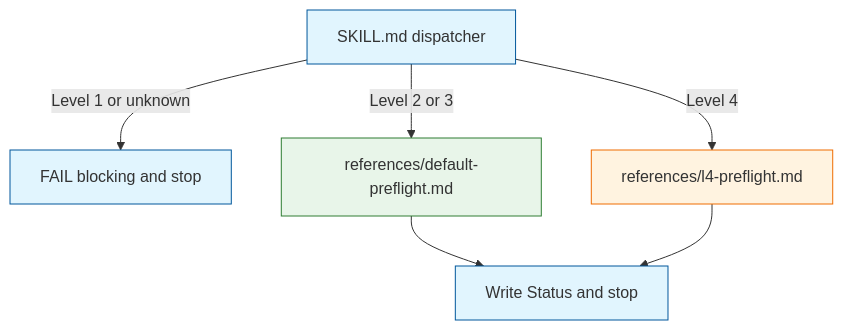
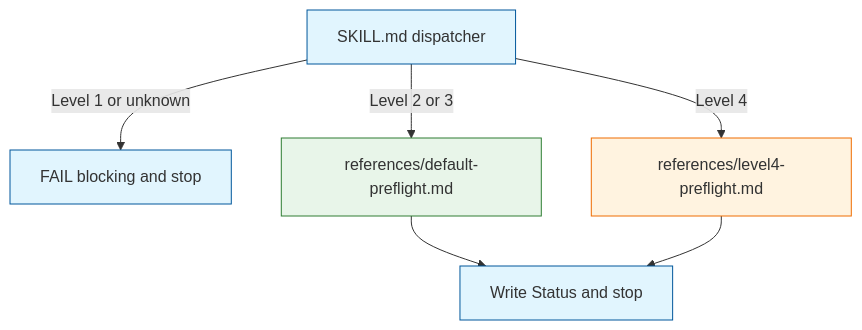
The diagram in rulesets/niko/skills/niko-preflight/SKILL.md (Texarkanine/.cursor-rules), drawn with Mermaid before and after one commit. The commit also changed other lines of this file and 7 other files, not shown here.

````diff
--- a/rulesets/niko/skills/niko-preflight/SKILL.md
+++ b/rulesets/niko/skills/niko-preflight/SKILL.md
@@ -10,12 +10,12 @@
 ```mermaid
 graph TD
     classDef skill fill:#e1f5fe,stroke:#01579b;
     classDef l4 fill:#fff3e0,stroke:#ef6c00;
     classDef def fill:#e8f5e9,stroke:#2e7d32;
 
     Skill["SKILL.md dispatcher"]:::skill -->|"Level 1 or unknown"| Stop["FAIL blocking and stop"]:::skill
     Skill -->|"Level 2 or 3"| Default["references/default-preflight.md"]:::def
-    Skill -->|"Level 4"| L4["references/l4-preflight.md"]:::l4
+    Skill -->|"Level 4"| L4["references/level4-preflight.md"]:::l4
     Default --> Shared["Write Status and stop"]:::skill
     L4 --> Shared
 ```
````
